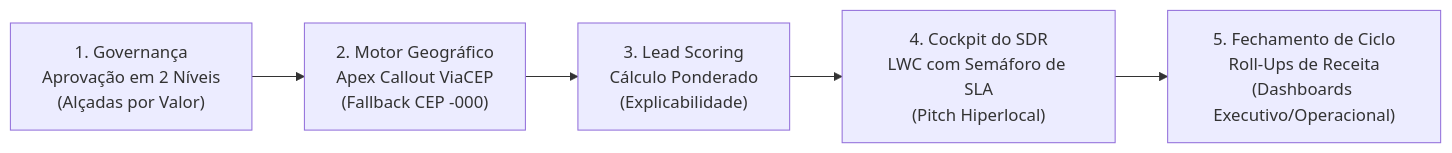
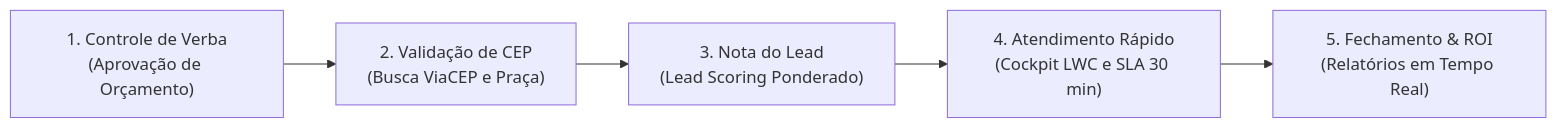
One commit to vdornelass/geolead-ai changed the second of 3 diagrams in README.md. Above: the diagram before and after it, drawn with Mermaid. The commit also changed other lines of this file and 1 other file, not shown here.

````diff
--- a/README.md
+++ b/README.md
@@ -63,7 +65,7 @@
 ```mermaid
 flowchart LR
-    M1["1. Governança<br/>Aprovação em 2 Níveis<br/>(Alçadas por Valor)"] --> M2["2. Motor Geográfico<br/>Apex Callout ViaCEP<br/>(Fallback CEP -000)"]
-    M2 --> M3["3. Lead Scoring<br/>Cálculo Ponderado<br/>(Explicabilidade)"]
-    M3 --> M4["4. Cockpit do SDR<br/>LWC com Semáforo de SLA<br/>(Pitch Hiperlocal)"]
-    M4 --> M5["5. Fechamento de Ciclo<br/>Roll-Ups de Receita<br/>(Dashboards Executivo/Operacional)"]
+    M1["1. Controle de Verba<br/>(Aprovação de Orçamento)"] --> M2["2. Validação de CEP<br/>(Busca ViaCEP e Praça)"]
+    M2 --> M3["3. Nota do Lead<br/>(Lead Scoring Ponderado)"]
+    M3 --> M4["4. Atendimento Rápido<br/>(Cockpit LWC e SLA 30 min)"]
+    M4 --> M5["5. Fechamento & ROI<br/>(Relatórios em Tempo Real)"]
 ```
````
